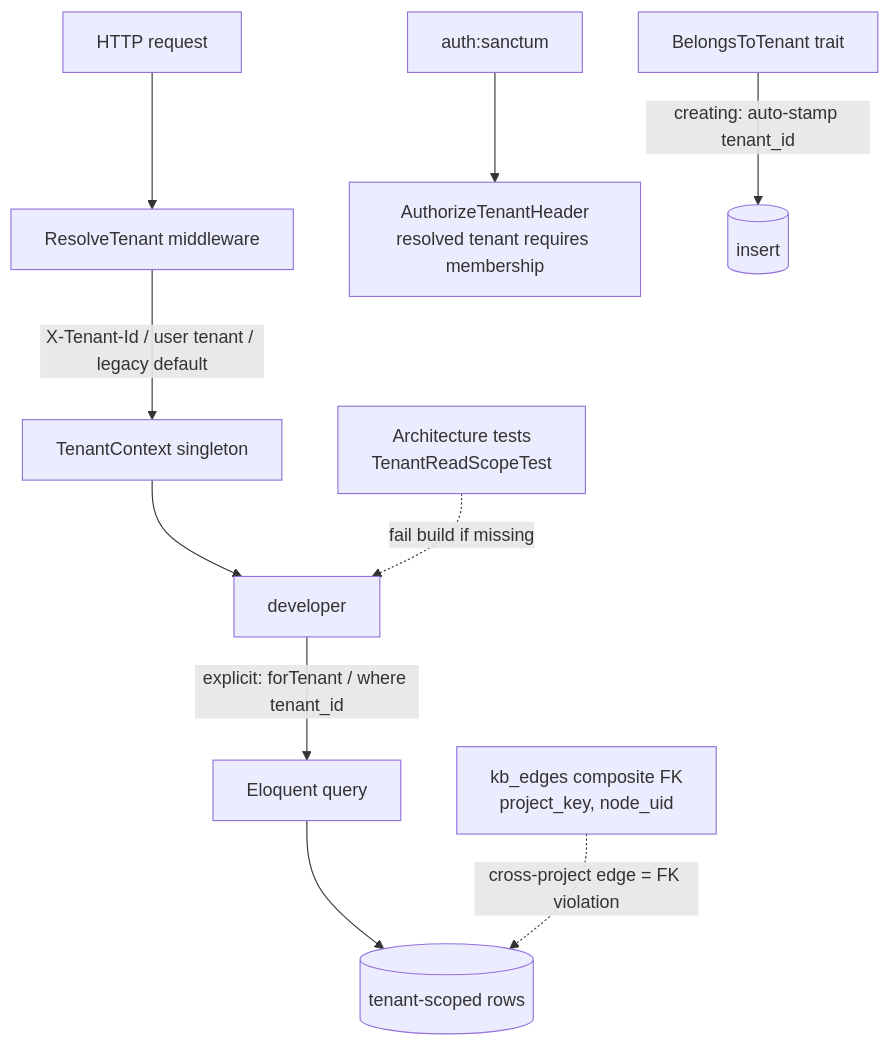
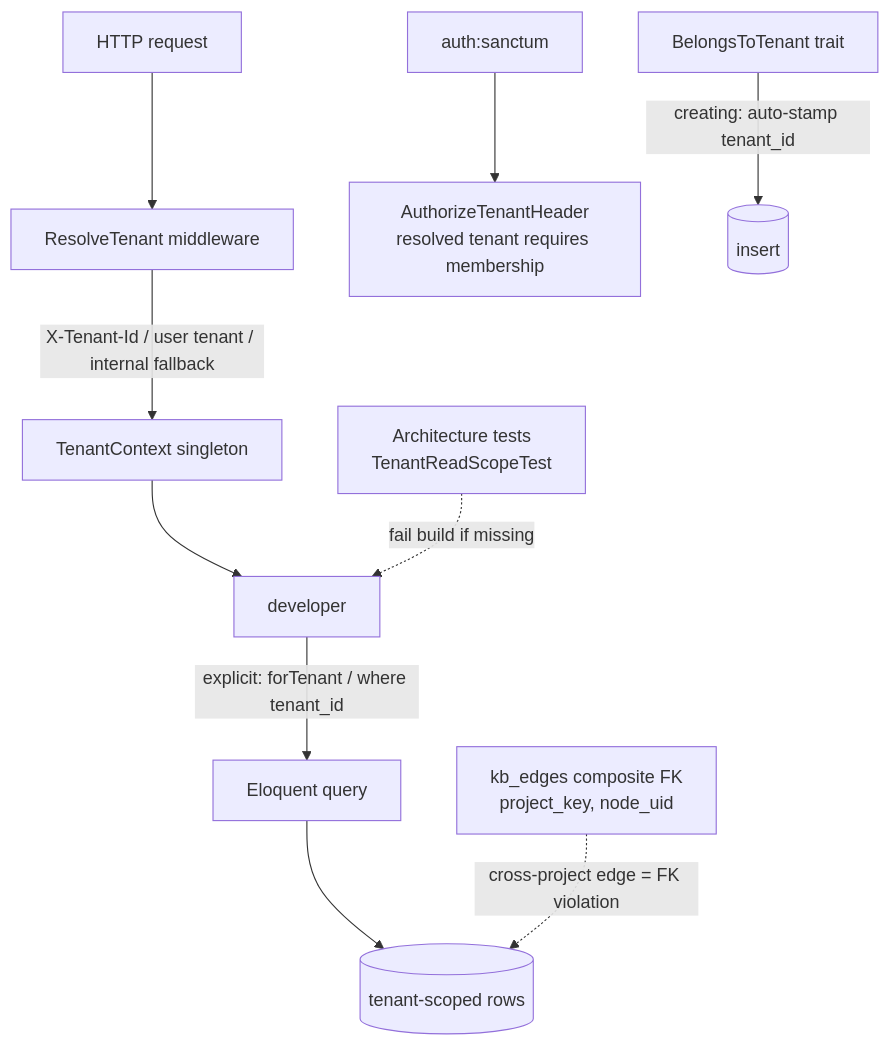
The diagram in docs-site/multi-tenant-isolation.mdx (lopadova/AskMyDocs), drawn with Mermaid before and after one commit. The commit also changed other lines of this file and 21 other files, not shown here.

````diff
--- a/docs-site/multi-tenant-isolation.mdx
+++ b/docs-site/multi-tenant-isolation.mdx
@@ -26,12 +26,12 @@
 ```mermaid
 flowchart TD
     REQ[HTTP request] --> RT[ResolveTenant middleware]
-    RT -->|X-Tenant-Id / user tenant / legacy default| TC[TenantContext singleton]
+    RT -->|X-Tenant-Id / user tenant / internal fallback| TC[TenantContext singleton]
     AUTH[auth:sanctum] --> ATH[AuthorizeTenantHeader<br/>resolved tenant requires membership]
     TC --> DEV[developer]
     DEV -->|explicit: forTenant / where tenant_id| Q[Eloquent query]
     BT[BelongsToTenant trait] -->|creating: auto-stamp tenant_id| INS[(insert)]
     ARCH[Architecture tests<br/>TenantReadScopeTest] -.->|fail build if missing| DEV
     Q --> DB[(tenant-scoped rows)]
     FK[kb_edges composite FK<br/>project_key, node_uid] -.->|cross-project edge = FK violation| DB
 ```
````
